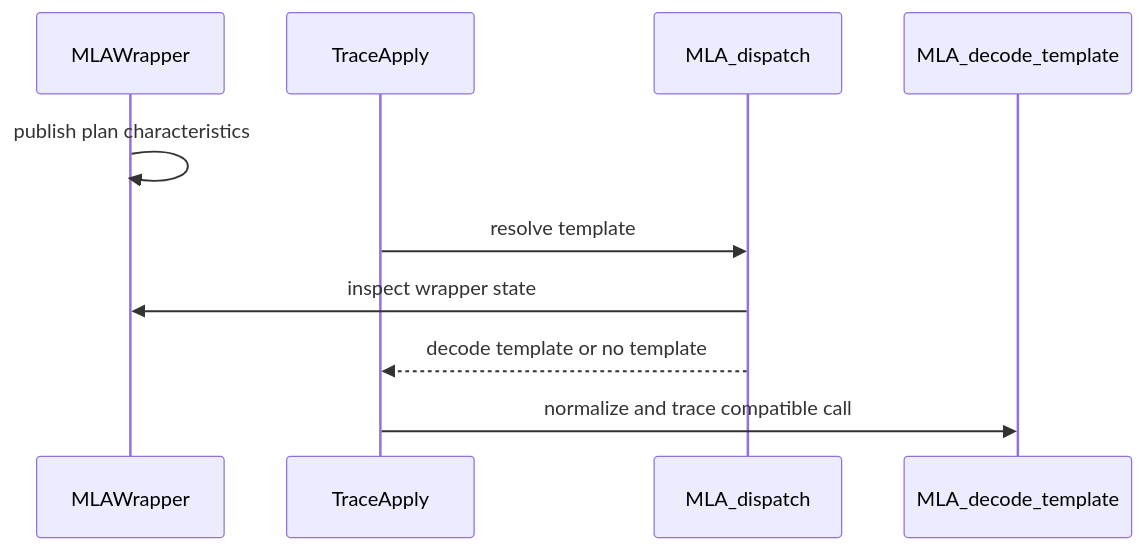
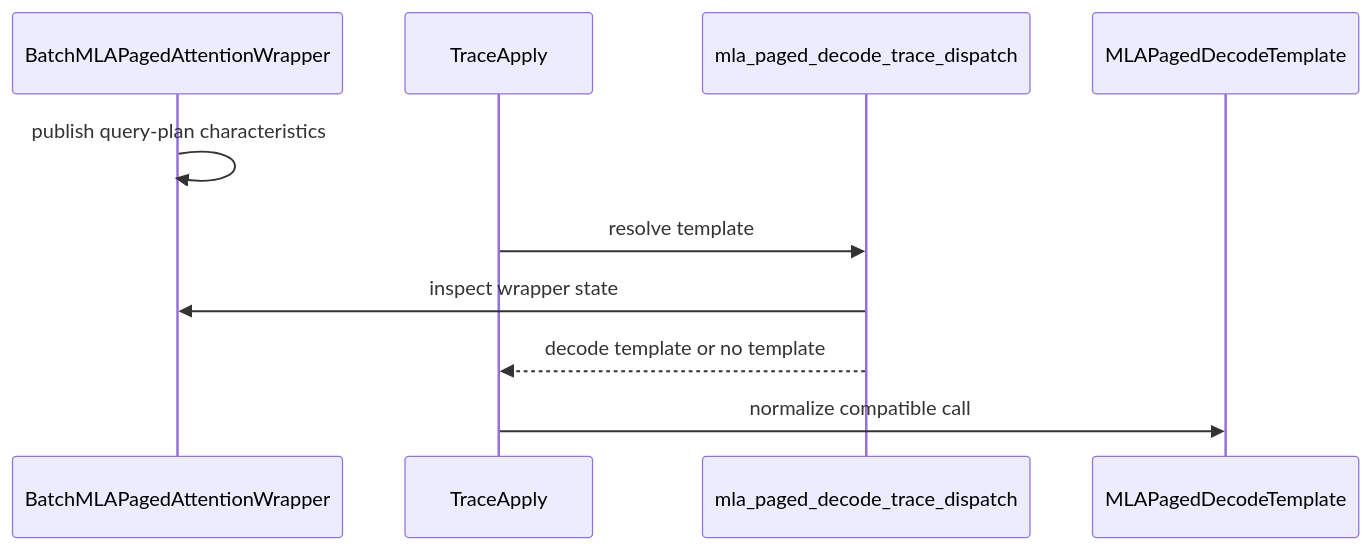
Before and after one commit to vincenjiang0707/ai-infra-knowledge-sources: the diagram in sources/SRC-068/github_details/gh_bfb54282/pr_4504.md, drawn with Mermaid. The commit also changed other lines of this file and 7887 other files, not shown here.

````diff
--- a/sources/SRC-068/github_details/gh_bfb54282/pr_4504.md
+++ b/sources/SRC-068/github_details/gh_bfb54282/pr_4504.md
@@ -99,12 +165,12 @@
 ```mermaid
 sequenceDiagram
-  participant MLAWrapper
+  participant BatchMLAPagedAttentionWrapper
   participant TraceApply
-  participant MLA_dispatch
-  participant MLA_decode_template
-  MLAWrapper->>MLAWrapper: publish plan characteristics
-  TraceApply->>MLA_dispatch: resolve template
-  MLA_dispatch->>MLAWrapper: inspect wrapper state
-  MLA_dispatch-->>TraceApply: decode template or no template
-  TraceApply->>MLA_decode_template: normalize and trace compatible call
+  participant mla_paged_decode_trace_dispatch
+  participant MLAPagedDecodeTemplate
+  BatchMLAPagedAttentionWrapper->>BatchMLAPagedAttentionWrapper: publish query-plan characteristics
+  TraceApply->>mla_paged_decode_trace_dispatch: resolve template
+  mla_paged_decode_trace_dispatch->>BatchMLAPagedAttentionWrapper: inspect wrapper state
+  mla_paged_decode_trace_dispatch-->>TraceApply: decode template or no template
+  TraceApply->>MLAPagedDecodeTemplate: normalize compatible call
 ```
````
